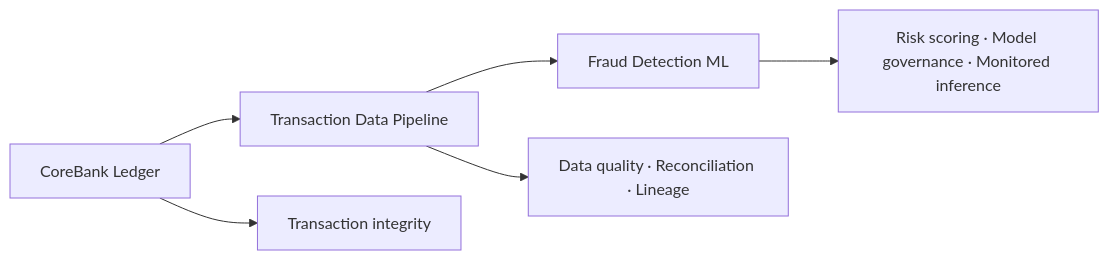
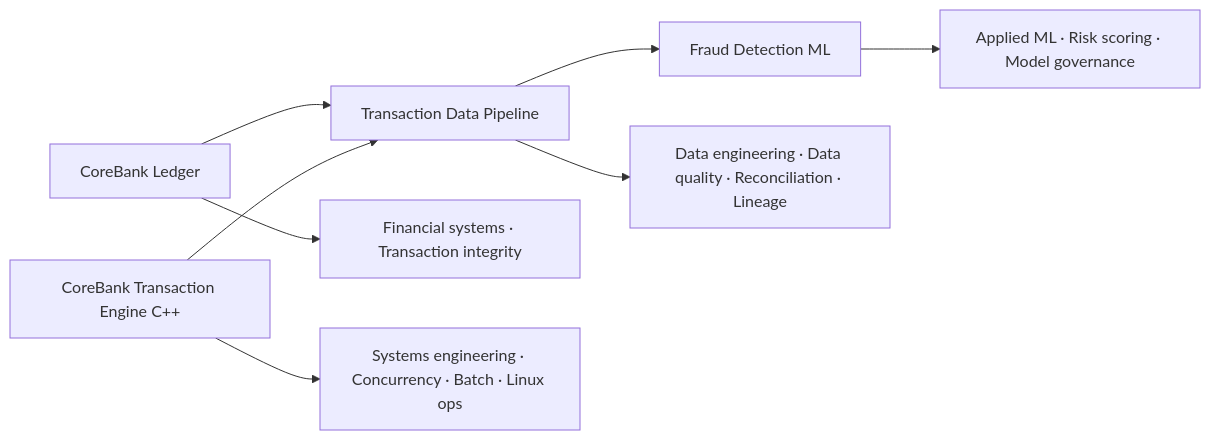
The diagram in README.md (Adetlo/Adetlo), drawn with Mermaid before and after one commit. The commit also changed other lines of this file, not shown here.

Commit message:
docs: feature the C++ transaction engine in the engineering portfolio
Add corebank-transaction-engine-cpp as the systems-engineering entry
alongside the ledger, pipeline and fraud scoring projects, extend the
story diagram and list C++ and concurrency under software engineering.

````diff
--- a/README.md
+++ b/README.md
@@ -27,9 +28,11 @@
 ```mermaid
 flowchart LR
     A[CoreBank Ledger] --> B[Transaction Data Pipeline]
+    E[CoreBank Transaction Engine C++] --> B
     B --> C[Fraud Detection ML]
 
-    A --> A1[Transaction integrity]
-    B --> B1[Data quality · Reconciliation · Lineage]
-    C --> C1[Risk scoring · Model governance · Monitored inference]
+    A --> A1[Financial systems · Transaction integrity]
+    E --> E1[Systems engineering · Concurrency · Batch · Linux ops]
+    B --> B1[Data engineering · Data quality · Reconciliation · Lineage]
+    C --> C1[Applied ML · Risk scoring · Model governance]
 ```
````
